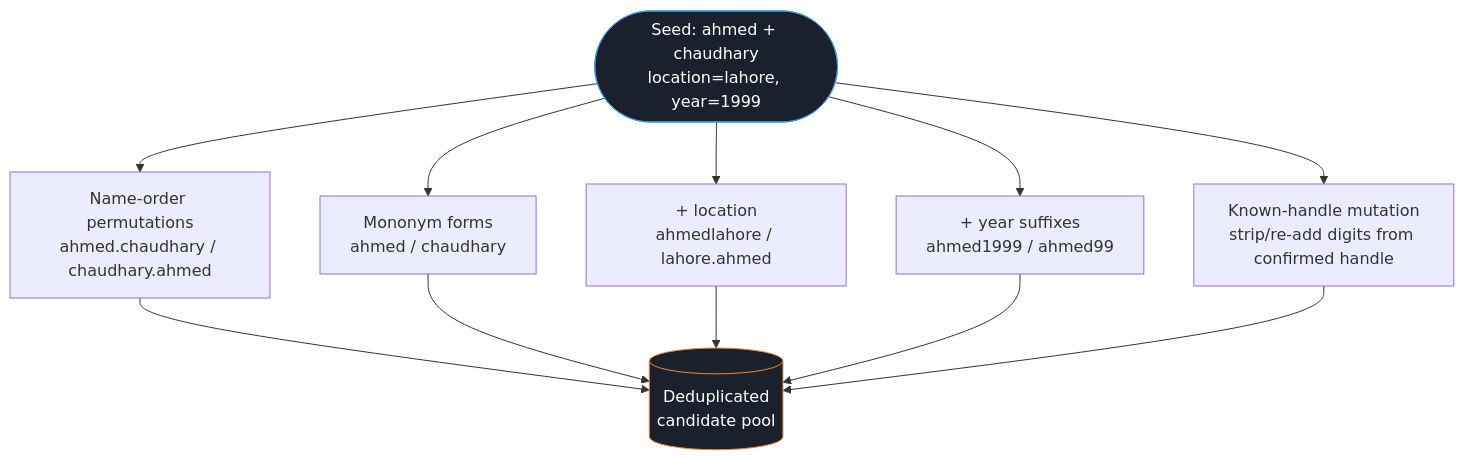
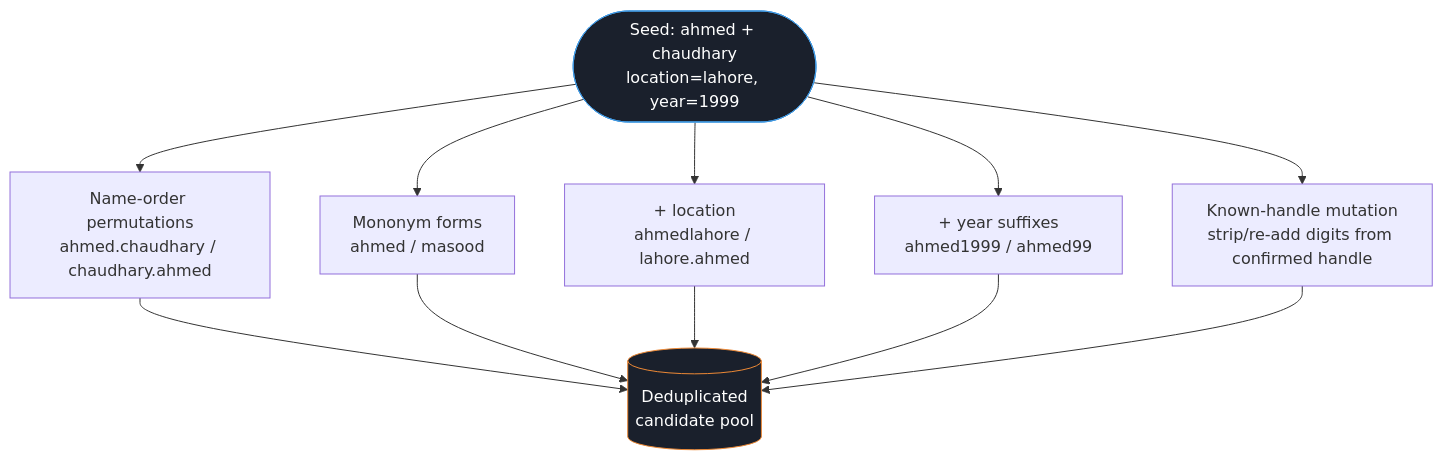
The third of 4 diagrams in README.md (Badarulnisa/Ghost-line), drawn with Mermaid before and after one commit. The commit also changed other lines of this file, not shown here.

````diff
--- a/README.md
+++ b/README.md
@@ -81,17 +81,17 @@
 ```mermaid
 graph TD
     Seed(["Seed: ahmed + chaudhary<br/>location=lahore, year=1999"]) --> Order["Name-order permutations<br/>ahmed.chaudhary / chaudhary.ahmed"]
-    Seed --> Mono["Mononym forms<br/>ahmed / chaudhary"]
+    Seed --> Mono["Mononym forms<br/>ahmed / masood"]
     Seed --> Loc["+ location<br/>ahmedlahore / lahore.ahmed"]
     Seed --> Year["+ year suffixes<br/>ahmed1999 / ahmed99"]
     Seed --> Known["Known-handle mutation<br/>strip/re-add digits from confirmed handle"]
 
     Order --> Pool[("Deduplicated<br/>candidate pool")]
     Mono --> Pool
     Loc --> Pool
     Year --> Pool
     Known --> Pool
 
     style Seed fill:#1a202c,stroke:#4299e1,color:#fff
     style Pool fill:#1a202c,stroke:#ed8936,color:#fff
 ```
````
